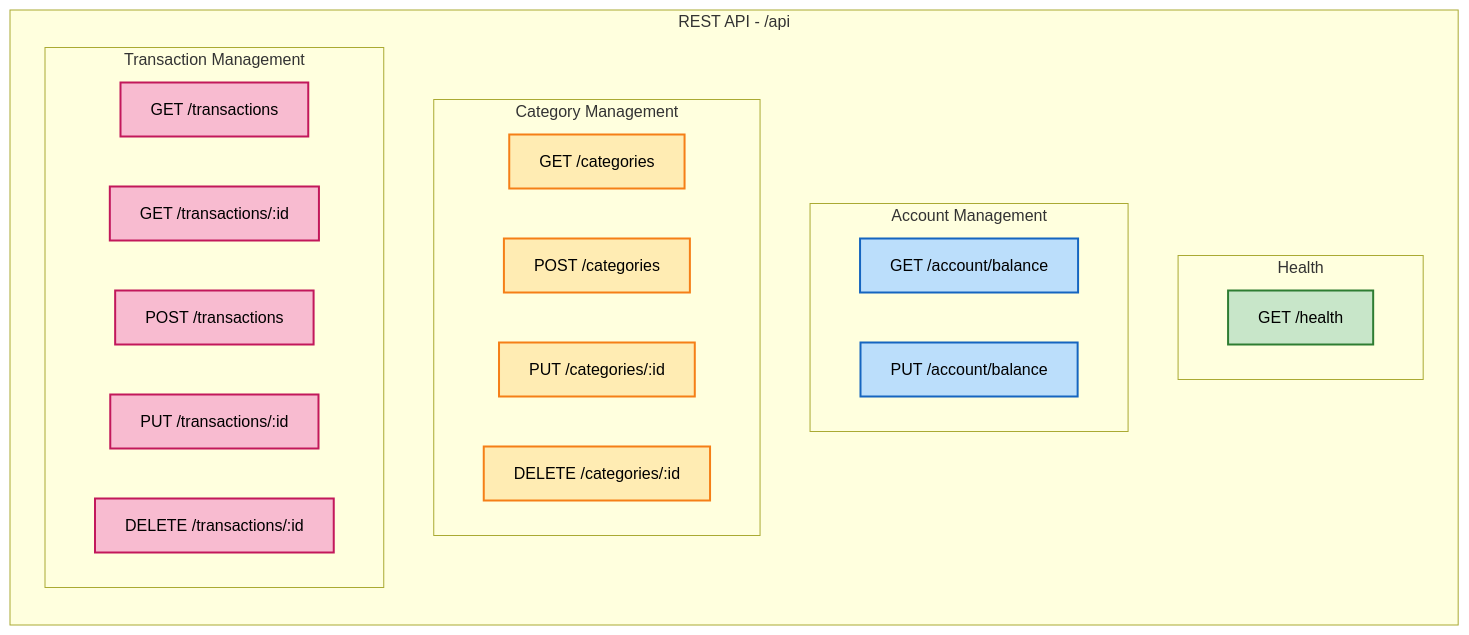
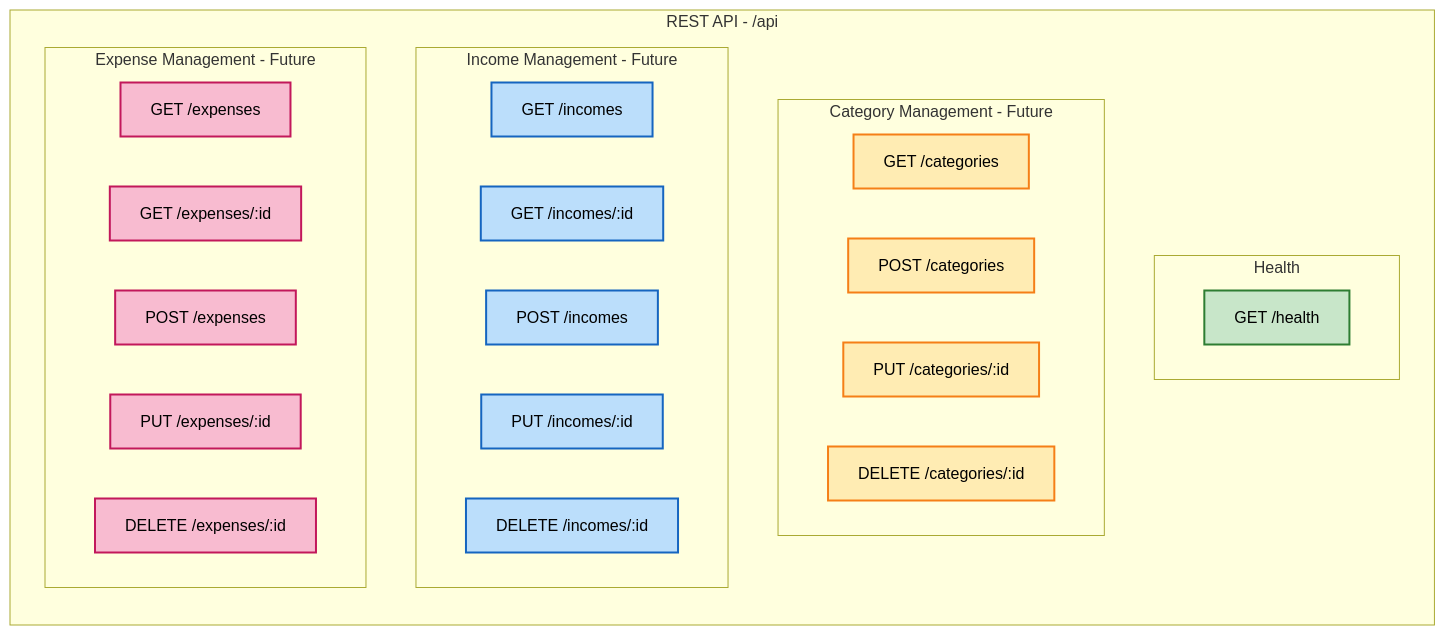
The fourth of 10 diagrams in SYSTEM_DESIGN.md (rogerbertan/jarvis-backend), drawn with Mermaid before and after one commit. The commit also changed other lines of this file and 1 other file, not shown here.

Commit message:
feat: update the system design mermaid

````diff
--- a/SYSTEM_DESIGN.md
+++ b/SYSTEM_DESIGN.md
@@ -163,43 +167,49 @@
 ```mermaid
 graph TD
     subgraph "REST API - /api"
         direction TB
 
         subgraph "Health"
             H1[GET /health]
         end
 
-        subgraph "Account Management"
-            A1[GET /account/balance]
-            A2[PUT /account/balance]
-        end
-
-        subgraph "Category Management"
+        subgraph "Category Management - Future"
             C1[GET /categories]
             C2[POST /categories]
             C3[PUT /categories/:id]
             C4[DELETE /categories/:id]
         end
 
-        subgraph "Transaction Management"
-            T1[GET /transactions]
-            T2[GET /transactions/:id]
-            T3[POST /transactions]
-            T4[PUT /transactions/:id]
-            T5[DELETE /transactions/:id]
+        subgraph "Income Management - Future"
+            I1[GET /incomes]
+            I2[GET /incomes/:id]
+            I3[POST /incomes]
+            I4[PUT /incomes/:id]
+            I5[DELETE /incomes/:id]
+        end
+
+        subgraph "Expense Management - Future"
+            E1[GET /expenses]
+            E2[GET /expenses/:id]
+            E3[POST /expenses]
+            E4[PUT /expenses/:id]
+            E5[DELETE /expenses/:id]
         end
     end
 
     style H1 fill:#c8e6c9,stroke:#2e7d32,stroke-width:2px,color:#000
-    style A1 fill:#bbdefb,stroke:#1565c0,stroke-width:2px,color:#000
-    style A2 fill:#bbdefb,stroke:#1565c0,stroke-width:2px,color:#000
     style C1 fill:#ffecb3,stroke:#f57f17,stroke-width:2px,color:#000
     style C2 fill:#ffecb3,stroke:#f57f17,stroke-width:2px,color:#000
     style C3 fill:#ffecb3,stroke:#f57f17,stroke-width:2px,color:#000
     style C4 fill:#ffecb3,stroke:#f57f17,stroke-width:2px,color:#000
-    style T1 fill:#f8bbd0,stroke:#c2185b,stroke-width:2px,color:#000
-    style T2 fill:#f8bbd0,stroke:#c2185b,stroke-width:2px,color:#000
-    style T3 fill:#f8bbd0,stroke:#c2185b,stroke-width:2px,color:#000
-    style T4 fill:#f8bbd0,stroke:#c2185b,stroke-width:2px,color:#000
-    style T5 fill:#f8bbd0,stroke:#c2185b,stroke-width:2px,color:#000
+    style I1 fill:#bbdefb,stroke:#1565c0,stroke-width:2px,color:#000
+    style I2 fill:#bbdefb,stroke:#1565c0,stroke-width:2px,color:#000
+    style I3 fill:#bbdefb,stroke:#1565c0,stroke-width:2px,color:#000
+    style I4 fill:#bbdefb,stroke:#1565c0,stroke-width:2px,color:#000
+    style I5 fill:#bbdefb,stroke:#1565c0,stroke-width:2px,color:#000
+    style E1 fill:#f8bbd0,stroke:#c2185b,stroke-width:2px,color:#000
+    style E2 fill:#f8bbd0,stroke:#c2185b,stroke-width:2px,color:#000
+    style E3 fill:#f8bbd0,stroke:#c2185b,stroke-width:2px,color:#000
+    style E4 fill:#f8bbd0,stroke:#c2185b,stroke-width:2px,color:#000
+    style E5 fill:#f8bbd0,stroke:#c2185b,stroke-width:2px,color:#000
 ```
````
